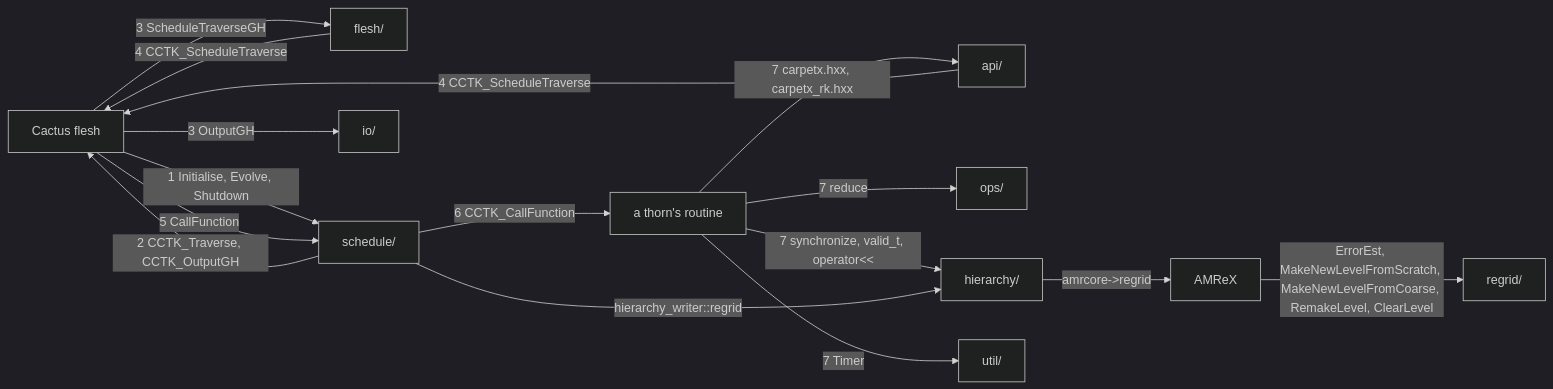
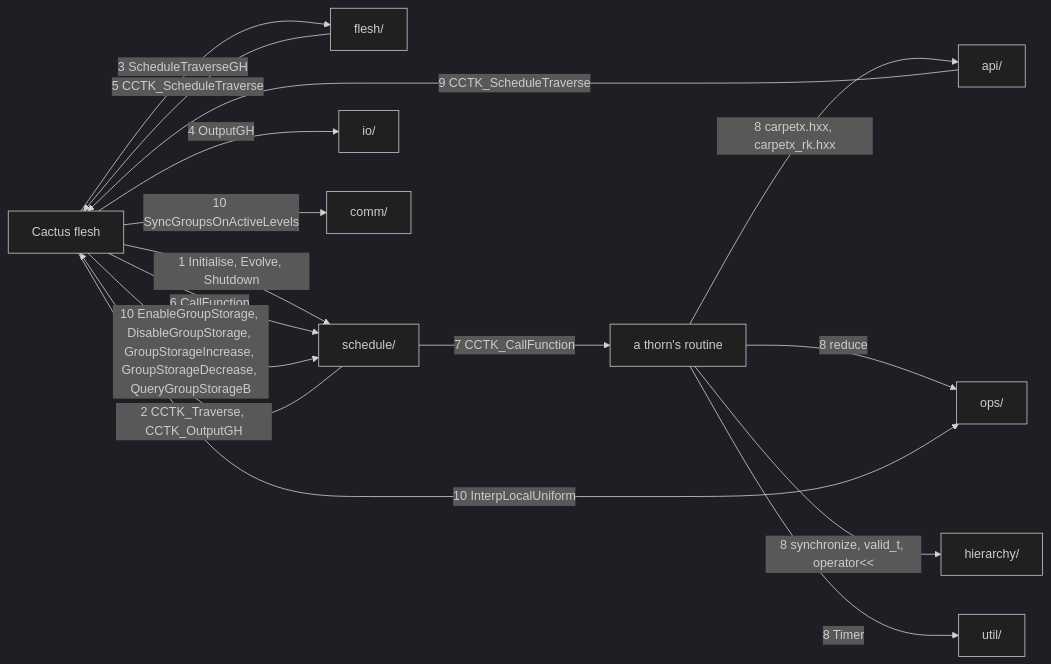
Before and after one commit to lwJi/CarpetX: the second of 3 diagrams in agent_docs/carpetx-internals.md, drawn with Mermaid (dark theme). The commit also changed other lines of this file and 3 other files, not shown here.

````diff
--- a/agent_docs/carpetx-internals.md
+++ b/agent_docs/carpetx-internals.md
@@ -53,33 +63,28 @@
 ```mermaid
 flowchart LR
   cactus["Cactus flesh"]
-  amrex["AMReX"]
   thorn["a thorn's routine"]
   flesh["flesh/"]
   api["api/"]
   schedule["schedule/"]
   io["io/"]
   ops["ops/"]
-  regrid["regrid/"]
+  comm["comm/"]
   hierarchy["hierarchy/"]
   util["util/"]
   cactus -- "1 Initialise, Evolve, Shutdown" --> schedule
   schedule -- "2 CCTK_Traverse, CCTK_OutputGH" --> cactus
   cactus -- "3 ScheduleTraverseGH" --> flesh
-  cactus -- "3 OutputGH" --> io
-  flesh -- "4 CCTK_ScheduleTraverse" --> cactus
-  api -- "4 CCTK_ScheduleTraverse" --> cactus
-  cactus -- "5 CallFunction" --> schedule
-  schedule -- "6 CCTK_CallFunction" --> thorn
-  thorn -- "7 carpetx.hxx, carpetx_rk.hxx" --> api
-  thorn -- "7 reduce" --> ops
-  thorn -- "7 synchronize, valid_t, operator<<" --> hierarchy
-  thorn -- "7 Timer" --> util
-  schedule -- "hierarchy_writer::regrid" --> hierarchy
-  hierarchy -- "amrcore->regrid" --> amrex
-  amrex -- "ErrorEst, MakeNewLevelFromScratch, MakeNewLevelFromCoarse, RemakeLevel, ClearLevel" --> regrid
-%% the numbered edges are one pass of the schedule: the flesh starts the driver (1), the driver names a bin or asks for output (2), the flesh hands it to the driver's entry (3), the entry asks the flesh to walk the bin with CallFunction (4), the flesh calls CallFunction for each routine (5), CallFunction runs the routine (6), the routine may call the public headers, whose bodies are in api/ but for those the table names (7)
-%% the unnumbered edges are a regrid: the driver asks the hierarchy, the hierarchy asks AMReX, and AMReX calls back into the layer that defines its callbacks
-%% a layer reaches a higher one only through an outsider, the Cactus flesh or AMReX, or at link time through a dashed edge of the stack
-%% the table below lists every entry an outsider calls
+  cactus -- "4 OutputGH" --> io
+  flesh -- "5 CCTK_ScheduleTraverse" --> cactus
+  cactus -- "6 CallFunction" --> schedule
+  schedule -- "7 CCTK_CallFunction" --> thorn
+  thorn -- "8 carpetx.hxx, carpetx_rk.hxx" --> api
+  thorn -- "8 reduce" --> ops
+  thorn -- "8 synchronize, valid_t, operator<<" --> hierarchy
+  thorn -- "8 Timer" --> util
+  api -- "9 CCTK_ScheduleTraverse" --> cactus
+  cactus -- "10 EnableGroupStorage, DisableGroupStorage, GroupStorageIncrease, GroupStorageDecrease, QueryGroupStorageB" --> schedule
+  cactus -- "10 InterpLocalUniform" --> ops
+  cactus -- "10 SyncGroupsOnActiveLevels" --> comm
 ```
````
